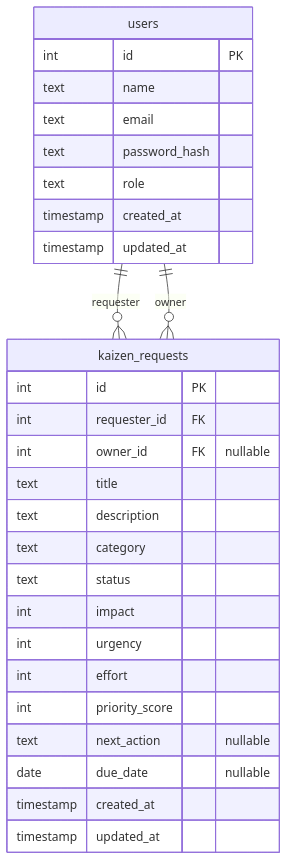
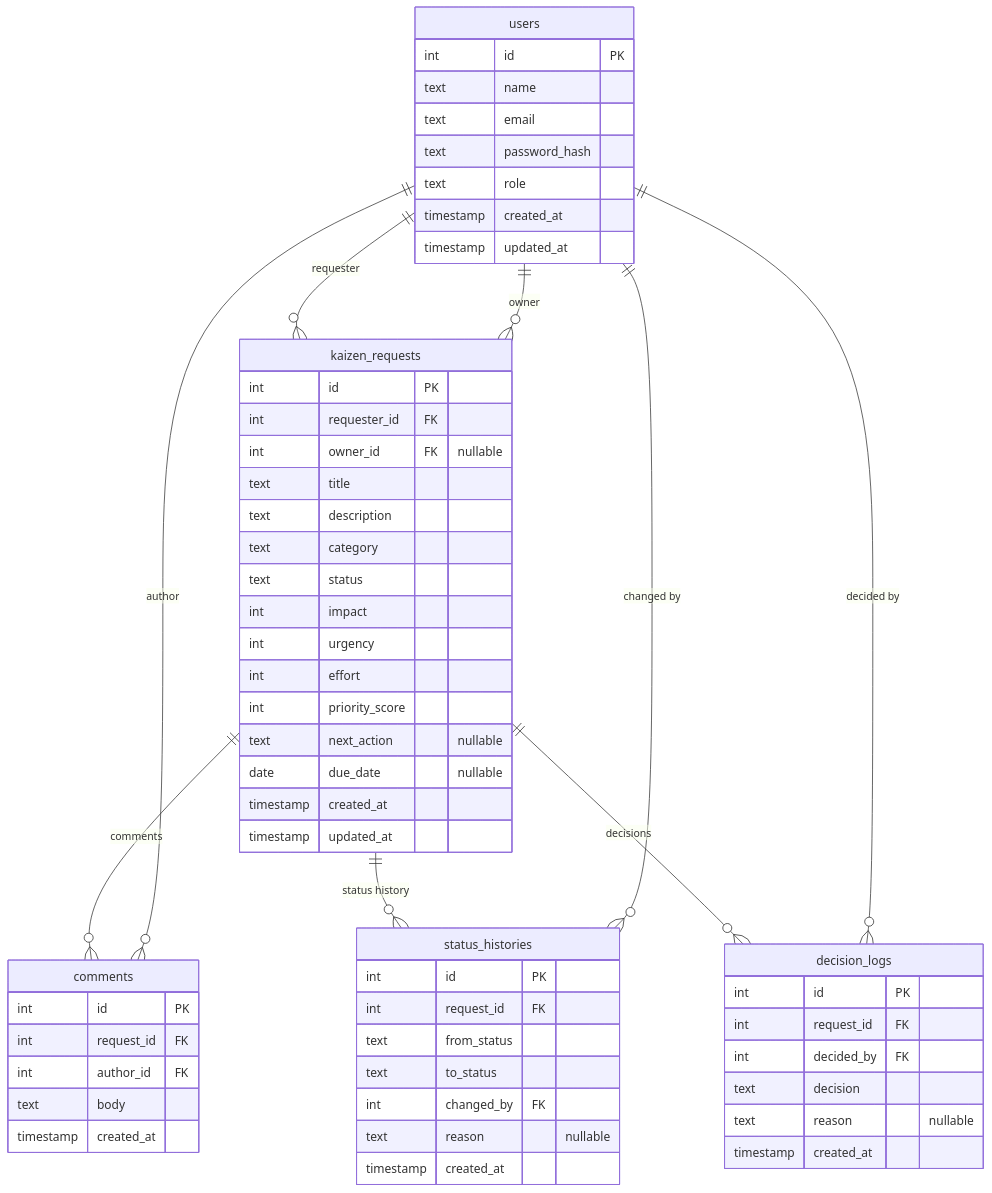
One commit to tyz8250/voice-to-kaizen changed the diagram in docs/database.md. Above: the diagram before and after it, drawn with Mermaid. The commit also changed 2 other files, not shown here.

Commit message:
Verify related table migrations and update ER diagram

````diff
--- a/docs/database.md
+++ b/docs/database.md
@@ -3,33 +3,66 @@
 ```mermaid
 erDiagram
     users {
         int id PK
         text name
         text email
         text password_hash
         text role
         timestamp created_at
         timestamp updated_at
     }
 
     kaizen_requests {
         int id PK
         int requester_id FK
         int owner_id FK "nullable"
         text title
         text description
         text category
         text status
         int impact
         int urgency
         int effort
         int priority_score
         text next_action "nullable"
         date due_date "nullable"
         timestamp created_at
         timestamp updated_at
     }
 
+    comments {
+        int id PK
+        int request_id FK
+        int author_id FK
+        text body
+        timestamp created_at
+    }
+
+    status_histories {
+        int id PK
+        int request_id FK
+        text from_status
+        text to_status
+        int changed_by FK
+        text reason "nullable"
+        timestamp created_at
+    }
+
+    decision_logs {
+        int id PK
+        int request_id FK
+        int decided_by FK
+        text decision
+        text reason "nullable"
+        timestamp created_at
+    }
+
     users ||--o{ kaizen_requests : "requester"
     users ||--o{ kaizen_requests : "owner"
+    kaizen_requests ||--o{ comments : "comments"
+    users ||--o{ comments : "author"
+    kaizen_requests ||--o{ status_histories : "status history"
+    users ||--o{ status_histories : "changed by"
+    kaizen_requests ||--o{ decision_logs : "decisions"
+    users ||--o{ decision_logs : "decided by"
 ```
````
